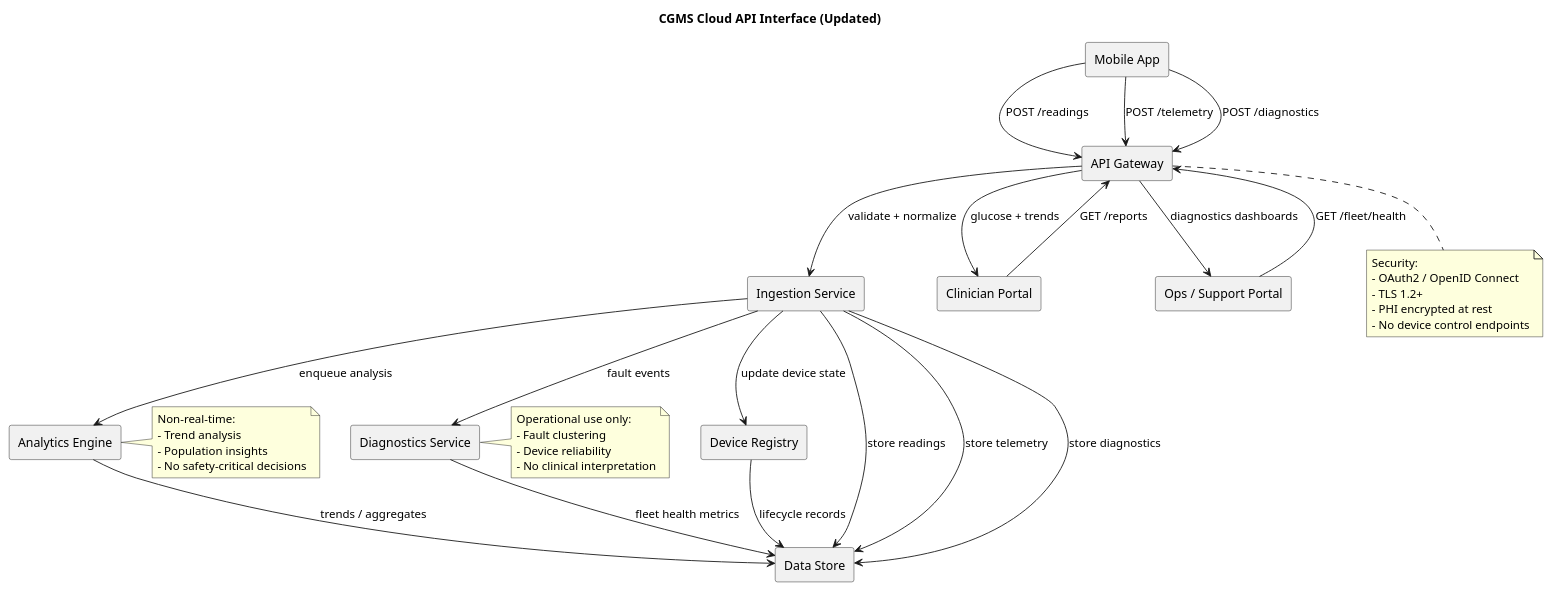
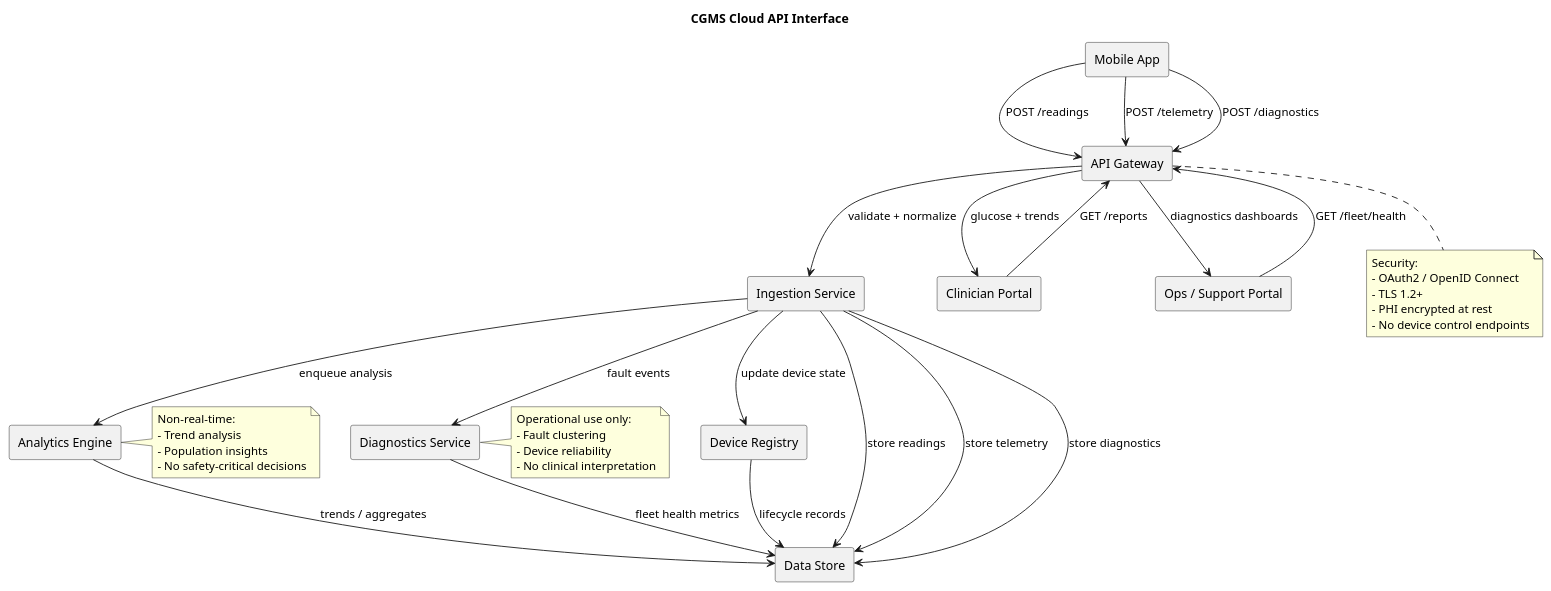
The diagram in documents/diagrams/interfaces/cgms_cloud_api.puml (spothana/cgms), drawn with PlantUML before and after one commit. The commit also changed 8 other files, not shown here.

```diff
--- a/documents/diagrams/interfaces/cgms_cloud_api.puml
+++ b/documents/diagrams/interfaces/cgms_cloud_api.puml
@@ -1,81 +1,81 @@
 @startuml cgms_cloud_api
 skinparam componentStyle rectangle
 
-title CGMS Cloud API Interface (Updated)
+title CGMS Cloud API Interface
 
 component "Mobile App" as App
 component "API Gateway" as API
 component "Ingestion Service" as Ingest
 component "Analytics Engine" as Analytics
 component "Diagnostics Service" as Diag
 component "Device Registry" as Registry
 component "Data Store" as DB
 component "Clinician Portal" as Portal
 component "Ops / Support Portal" as Ops
 
 ' --------------------
 ' Ingestion Paths
 ' --------------------
 App --> API : POST /readings
 App --> API : POST /telemetry
 App --> API : POST /diagnostics
 
 API --> Ingest : validate + normalize
 
 ' --------------------
 ' Persistence
 ' --------------------
 Ingest --> DB : store readings
 Ingest --> DB : store telemetry
 Ingest --> DB : store diagnostics
 
 ' --------------------
 ' Analytics
 ' --------------------
 Ingest --> Analytics : enqueue analysis
 Analytics --> DB : trends / aggregates
 
 ' --------------------
 ' Diagnostics & Fleet Health
 ' --------------------
 Ingest --> Diag : fault events
 Diag --> DB : fleet health metrics
 
 ' --------------------
 ' Device Lifecycle
 ' --------------------
 Ingest --> Registry : update device state
 Registry --> DB : lifecycle records
 
 ' --------------------
 ' Read APIs
 ' --------------------
 Portal --> API : GET /reports
 API --> Portal : glucose + trends
 
 Ops --> API : GET /fleet/health
 API --> Ops : diagnostics dashboards
 
 note bottom of API
 Security:
 - OAuth2 / OpenID Connect
 - TLS 1.2+
 - PHI encrypted at rest
 - No device control endpoints
 end note
 
 note right of Analytics
 Non-real-time:
 - Trend analysis
 - Population insights
 - No safety-critical decisions
 end note
 
 note right of Diag
 Operational use only:
 - Fault clustering
 - Device reliability
 - No clinical interpretation
 end note
 
 @enduml
```
